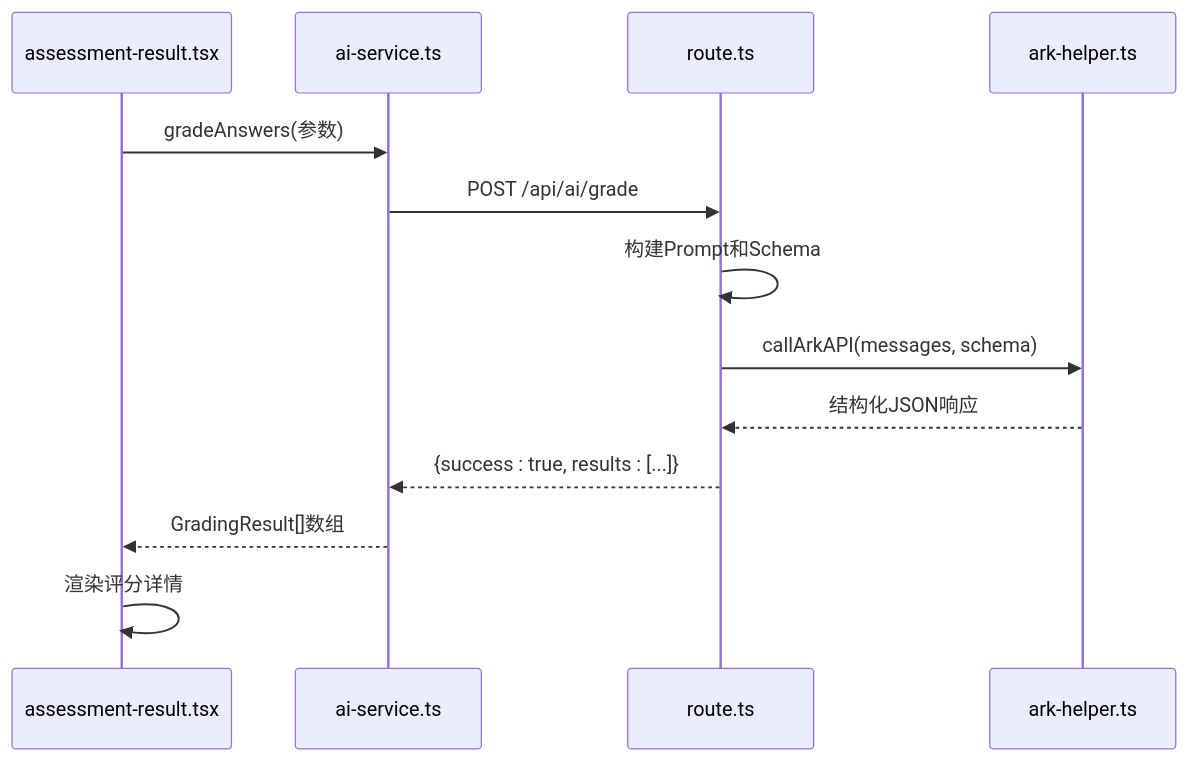
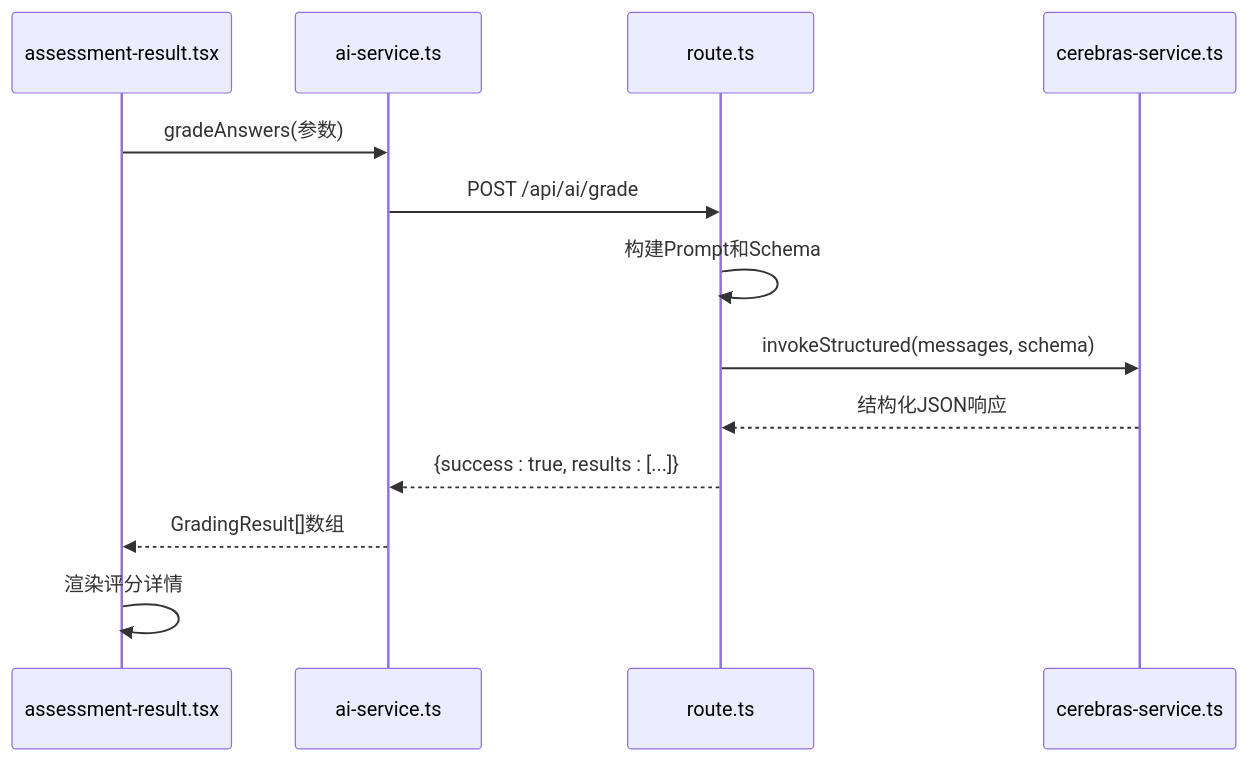
The second of 5 diagrams in .qoder/repowiki/zh/content/后端API接口/AI内容生成API/答案评分API.md (arthurlee116/english-listening-trainer), drawn with Mermaid before and after one commit. The commit also changed other lines of this file and 58 other files, not shown here.

````diff
--- a/.qoder/repowiki/zh/content/后端API接口/AI内容生成API/答案评分API.md
+++ b/.qoder/repowiki/zh/content/后端API接口/AI内容生成API/答案评分API.md
@@ -65,15 +75,15 @@
 ```mermaid
 sequenceDiagram
 participant 前端 as assessment-result.tsx
 participant 客户端库 as ai-service.ts
 participant 服务端API as route.ts
-participant AI模型 as ark-helper.ts
+participant AI模型 as cerebras-service.ts
 前端->>客户端库 : gradeAnswers(参数)
 客户端库->>服务端API : POST /api/ai/grade
 服务端API->>服务端API : 构建Prompt和Schema
-服务端API->>AI模型 : callArkAPI(messages, schema)
+服务端API->>AI模型 : invokeStructured(messages, schema)
 AI模型-->>服务端API : 结构化JSON响应
 服务端API-->>客户端库 : {success : true, results : [...]}
 客户端库-->>前端 : GradingResult[]数组
 前端->>前端 : 渲染评分详情
 ```
````
